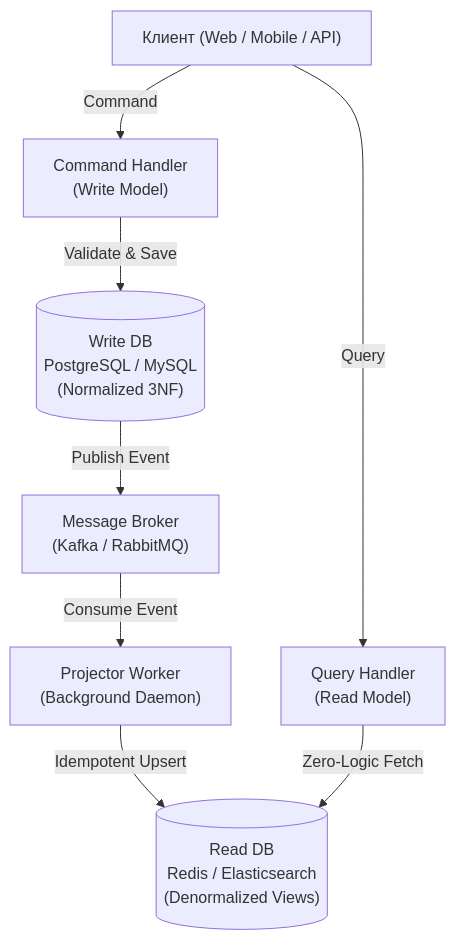
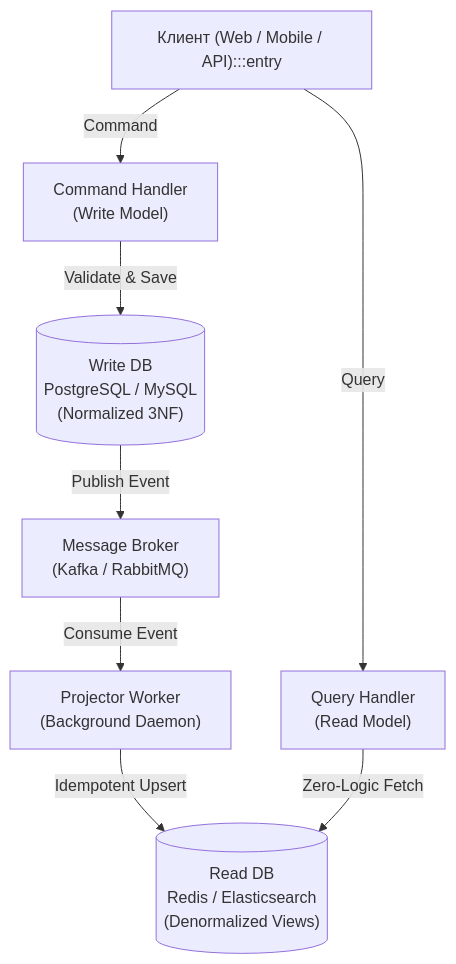
Before and after one commit to UnrealTemplier/go-textbook: the diagram in sources/14. Распределенные системы на Go/09. Паттерны/2. CQRS.md, drawn with Mermaid. The commit also changed 1666 other files, not shown here.

First line of the commit message:
feat(mermaid): add semantic color classDef to 1369 colorless flowchart/graph diagrams

````diff
--- a/sources/14. Распределенные системы на Go/09. Паттерны/2. CQRS.md
+++ b/sources/14. Распределенные системы на Go/09. Паттерны/2. CQRS.md
@@ -43,12 +43,22 @@
 ```mermaid
 flowchart TD
-    Client["Клиент (Web / Mobile / API)"] -->|Command| CmdHandler["Command Handler<br>(Write Model)"]
+    classDef process  fill:#1e293b,stroke:#38bdf8,stroke-width:1px,color:#f8fafc
+    classDef success  fill:#064e3b,stroke:#34d399,stroke-width:1px,color:#f8fafc
+    classDef error    fill:#7f1d1d,stroke:#f87171,stroke-width:1px,color:#f8fafc
+    classDef warning  fill:#78350f,stroke:#fbbf24,stroke-width:1px,color:#f8fafc
+    classDef entry    fill:#1e3a5f,stroke:#38bdf8,stroke-width:2px,color:#f8fafc
+    classDef aux      fill:#334155,stroke:#64748b,stroke-width:1px,color:#f8fafc
+    classDef system   fill:#312e81,stroke:#a78bfa,stroke-width:1px,color:#f8fafc
+    classDef data     fill:#132d29,stroke:#2dd4bf,stroke-width:1px,color:#f8fafc
+    classDef network  fill:#881337,stroke:#fb7185,stroke-width:1px,color:#f8fafc
+    classDef accent   fill:#1e1b4b,stroke:#818cf8,stroke-width:1px,color:#f8fafc
+    Client["Клиент (Web / Mobile / API):::entry"] -->|Command| CmdHandler["Command Handler<br>(Write Model)"]
     CmdHandler -->|Validate & Save| WriteDB[("Write DB<br>PostgreSQL / MySQL<br>(Normalized 3NF)")]
     WriteDB -->|Publish Event| EventBus["Message Broker<br>(Kafka / RabbitMQ)"]
     
     EventBus -->|Consume Event| Projector["Projector Worker<br>(Background Daemon)"]
     Projector -->|Idempotent Upsert| ReadDB[("Read DB<br>Redis / Elasticsearch<br>(Denormalized Views)")]
     
     Client -->|Query| QueryHandler["Query Handler<br>(Read Model)"]
     QueryHandler -->|Zero-Logic Fetch| ReadDB
 ```
````
